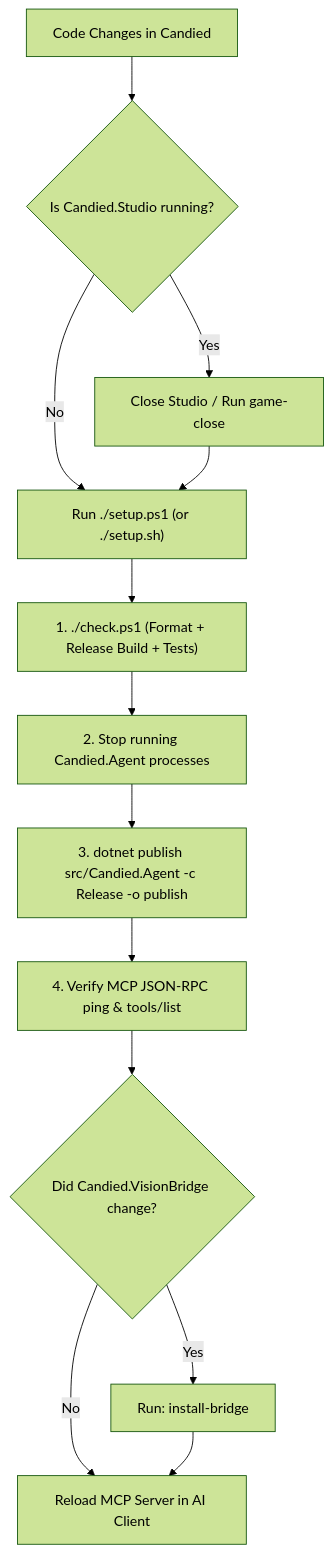
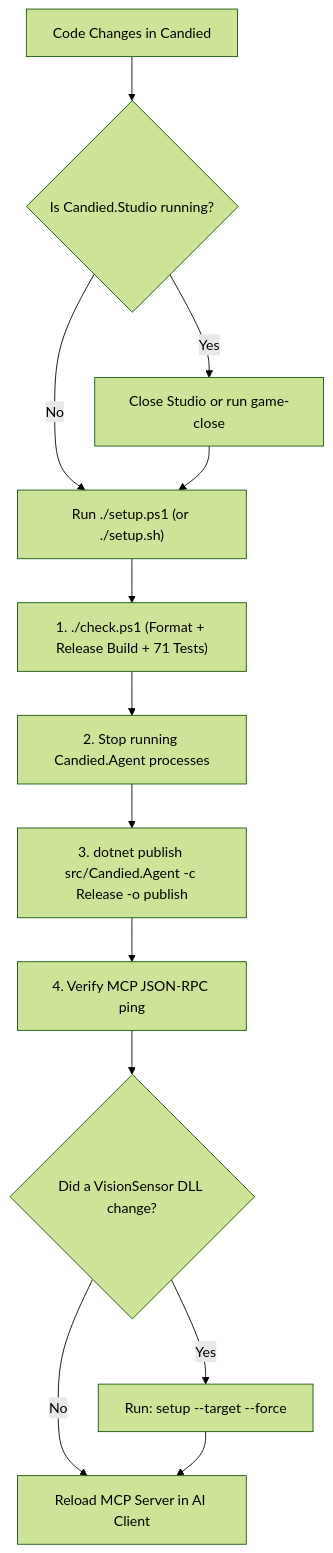
The diagram in docs/mcp-update-guide.md (Pasciu/Candied), drawn with Mermaid (forest theme) before and after one commit. The commit also changed other lines of this file and 297 other files, not shown here.

````diff
--- a/docs/mcp-update-guide.md
+++ b/docs/mcp-update-guide.md
@@ -49,15 +17,15 @@
 ```mermaid
 flowchart TD
     A["Code Changes in Candied"] --> B{"Is Candied.Studio running?"}
-    B -- Yes --> C["Close Studio / Run game-close"]
+    B -- Yes --> C["Close Studio or run game-close"]
     B -- No --> D["Run ./setup.ps1 (or ./setup.sh)"]
     C --> D
-    D --> E["1. ./check.ps1 (Format + Release Build + Tests)"]
+    D --> E["1. ./check.ps1 (Format + Release Build + 71 Tests)"]
     E --> F["2. Stop running Candied.Agent processes"]
     F --> G["3. dotnet publish src/Candied.Agent -c Release -o publish"]
-    G --> H["4. Verify MCP JSON-RPC ping & tools/list"]
-    H --> I{"Did Candied.VisionBridge change?"}
-    I -- Yes --> J["Run: install-bridge <GameName>"]
+    G --> H["4. Verify MCP JSON-RPC ping"]
+    H --> I{"Did a VisionSensor DLL change?"}
+    I -- Yes --> J["Run: setup --target <TargetPath> --force"]
     I -- No --> K["Reload MCP Server in AI Client"]
     J --> K
 ```
````
